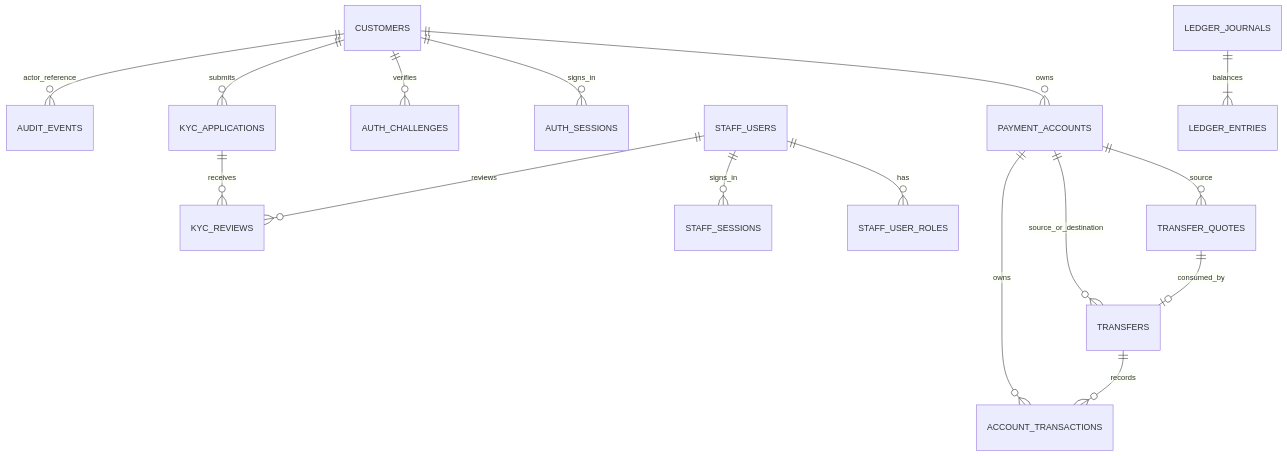
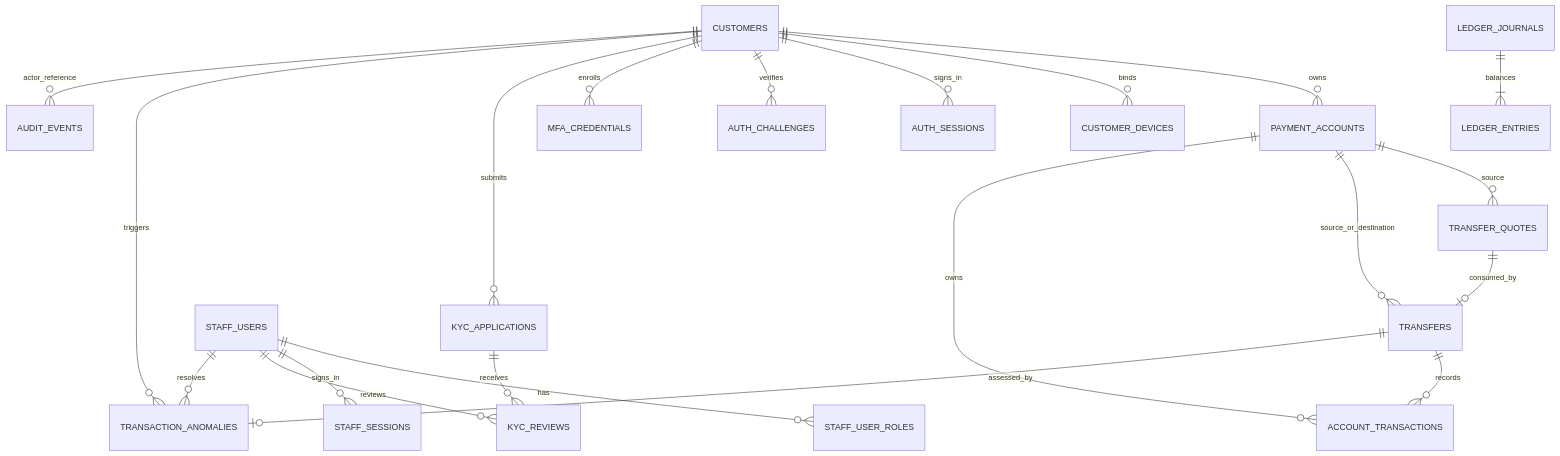
One commit to NguyenCaoKy1603/banking-system changed the diagram in documents/02-design/erd-core-demo.md. Above: the diagram before and after it, drawn with Mermaid. The commit also changed other lines of this file and 26 other files, not shown here.

````diff
--- a/documents/02-design/erd-core-demo.md
+++ b/documents/02-design/erd-core-demo.md
@@ -9,18 +10,23 @@
 ```mermaid
 erDiagram
   CUSTOMERS ||--o{ PAYMENT_ACCOUNTS : owns
+  CUSTOMERS ||--o{ CUSTOMER_DEVICES : binds
   CUSTOMERS ||--o{ AUTH_SESSIONS : signs_in
   CUSTOMERS ||--o{ AUTH_CHALLENGES : verifies
+  CUSTOMERS ||--o{ MFA_CREDENTIALS : enrolls
   CUSTOMERS ||--o{ KYC_APPLICATIONS : submits
+  CUSTOMERS ||--o{ TRANSACTION_ANOMALIES : triggers
   STAFF_USERS ||--o{ STAFF_USER_ROLES : has
   STAFF_USERS ||--o{ STAFF_SESSIONS : signs_in
   STAFF_USERS ||--o{ KYC_REVIEWS : reviews
+  STAFF_USERS ||--o{ TRANSACTION_ANOMALIES : resolves
   KYC_APPLICATIONS ||--o{ KYC_REVIEWS : receives
   PAYMENT_ACCOUNTS ||--o{ TRANSFER_QUOTES : source
   PAYMENT_ACCOUNTS ||--o{ TRANSFERS : source_or_destination
   TRANSFER_QUOTES ||--o| TRANSFERS : consumed_by
   TRANSFERS ||--o{ ACCOUNT_TRANSACTIONS : records
+  TRANSFERS ||--o| TRANSACTION_ANOMALIES : assessed_by
   PAYMENT_ACCOUNTS ||--o{ ACCOUNT_TRANSACTIONS : owns
   LEDGER_JOURNALS ||--|{ LEDGER_ENTRIES : balances
   CUSTOMERS ||--o{ AUDIT_EVENTS : actor_reference
 ```
````
